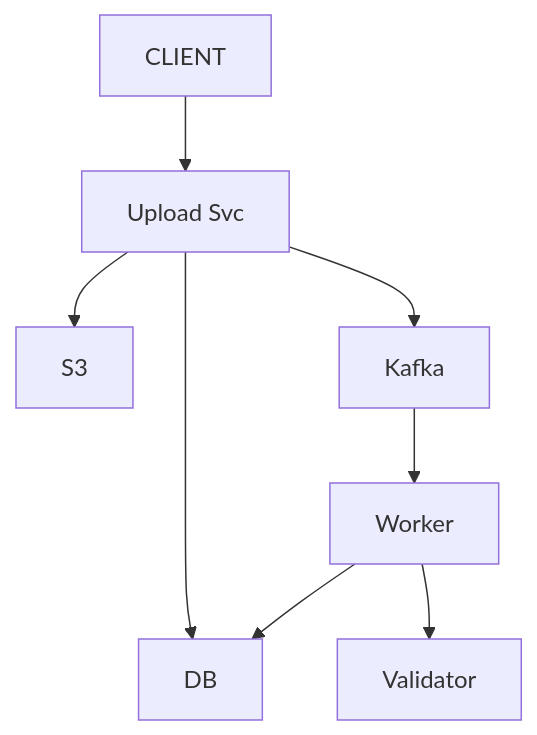
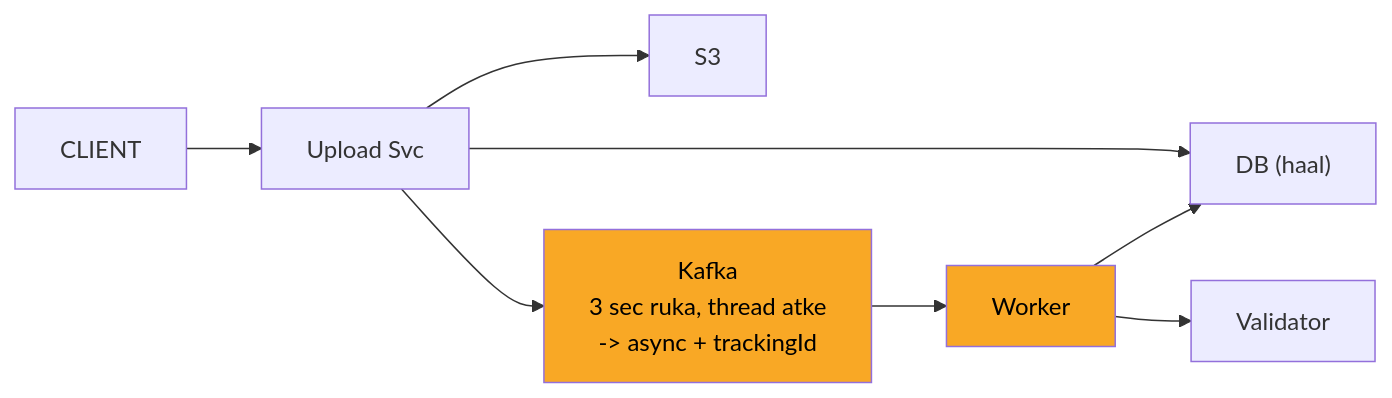
One commit to ArpanMaheshwari144/Prep changed the second of 11 diagrams in 04_HLD/SYSTEM_DESIGNS/07_file_upload_validate_system/07_file_upload_INTERVIEW.md. Above: the diagram before and after it, drawn with Mermaid. The commit also changed other lines of this file and 2 other files, not shown here.

Commit message:
notification, payment, file upload: one-day story, short cards, follow-ups with rules, highlighted diagrams

````diff
--- a/04_HLD/SYSTEM_DESIGNS/07_file_upload_validate_system/07_file_upload_INTERVIEW.md
+++ b/04_HLD/SYSTEM_DESIGNS/07_file_upload_validate_system/07_file_upload_INTERVIEW.md
@@ -72,17 +83,19 @@
 ```mermaid
-flowchart TD
+flowchart LR
     n_CLIENT["CLIENT"]
     n_Upload_Svc["Upload Svc"]
-    n_DB["DB"]
+    n_DB["DB (haal)"]
     n_S3["S3"]
-    n_Kafka["Kafka"]
+    n_Kafka["Kafka<br/>3 sec ruka, thread atke<br/>-> async + trackingId"]
     n_Worker["Worker"]
     n_Validator["Validator"]
     n_CLIENT --> n_Upload_Svc
     n_Upload_Svc --> n_DB
     n_Upload_Svc --> n_S3
     n_Upload_Svc --> n_Kafka
     n_Kafka --> n_Worker
     n_Worker --> n_Validator
     n_Worker --> n_DB
+    style n_Kafka fill:#f9a825,color:#000
+    style n_Worker fill:#f9a825,color:#000
 ```
````
